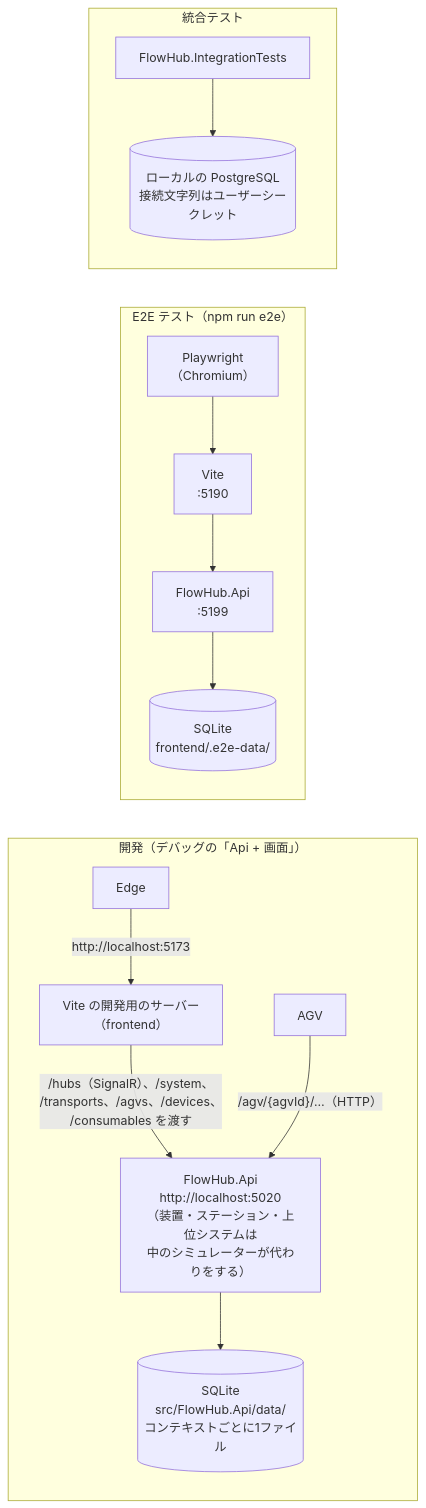
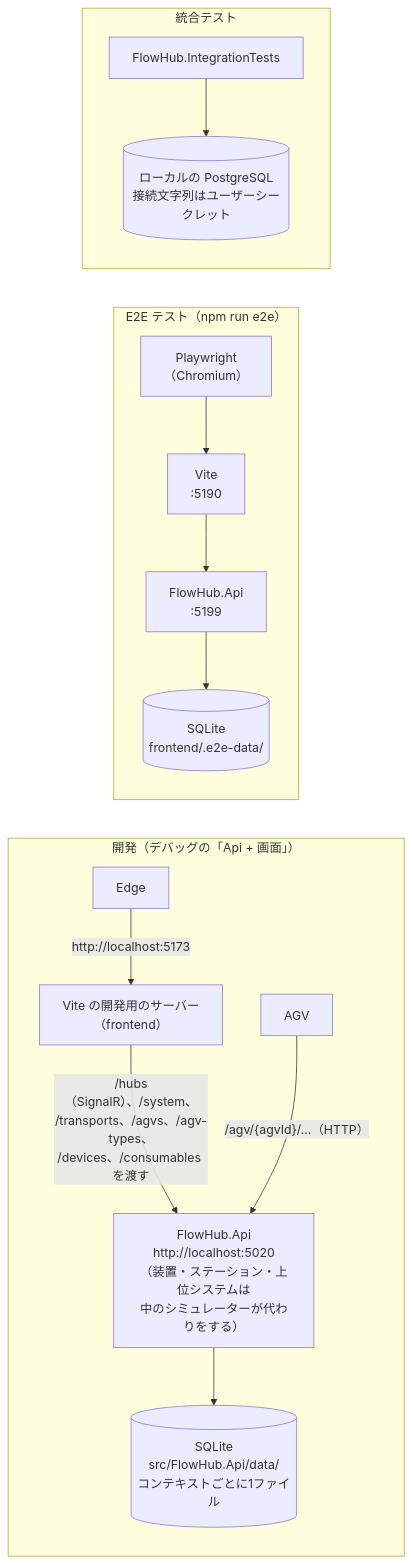
The second of 3 diagrams in CLAUDE.md (kkobaoh/flow-hub), drawn with Mermaid before and after one commit. The commit also changed 22 other files, not shown here.

````diff
--- a/CLAUDE.md
+++ b/CLAUDE.md
@@ -177,15 +177,15 @@
 ```mermaid
 flowchart LR
     subgraph dev["開発（デバッグの「Api + 画面」）"]
         Edge["Edge"] -->|"http://localhost:5173"| Vite["Vite の開発用のサーバー<br/>（frontend）"]
-        Vite -->|"/hubs（SignalR）、/system、<br/>/transports、/agvs、/devices、<br/>/consumables を渡す"| Api["FlowHub.Api<br/>http://localhost:5020<br/>（装置・ステーション・上位システムは<br/>中のシミュレーターが代わりをする）"]
+        Vite -->|"/hubs（SignalR）、/system、<br/>/transports、/agvs、/agv-types、<br/>/devices、/consumables を渡す"| Api["FlowHub.Api<br/>http://localhost:5020<br/>（装置・ステーション・上位システムは<br/>中のシミュレーターが代わりをする）"]
         AGV["AGV"] -->|"/agv/{agvId}/…（HTTP）"| Api
         Api --> Sqlite[("SQLite<br/>src/FlowHub.Api/data/<br/>コンテキストごとに1ファイル")]
     end
     subgraph e2e["E2E テスト（npm run e2e）"]
         Chromium["Playwright<br/>（Chromium）"] --> ViteE2E["Vite<br/>:5190"] --> ApiE2E["FlowHub.Api<br/>:5199"] --> SqliteE2E[("SQLite<br/>frontend/.e2e-data/")]
     end
     subgraph it["統合テスト"]
         IntegrationTests["FlowHub.IntegrationTests"] --> Postgres[("ローカルの PostgreSQL<br/>接続文字列はユーザーシークレット")]
     end
 ```
````
